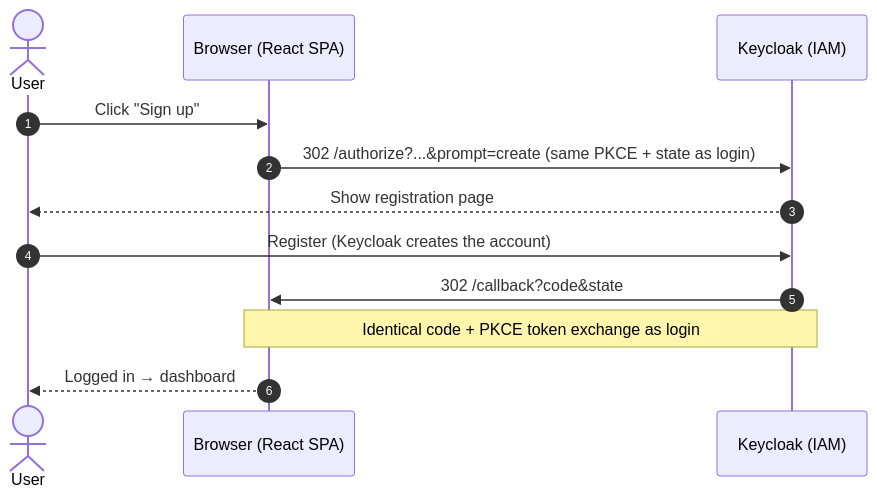
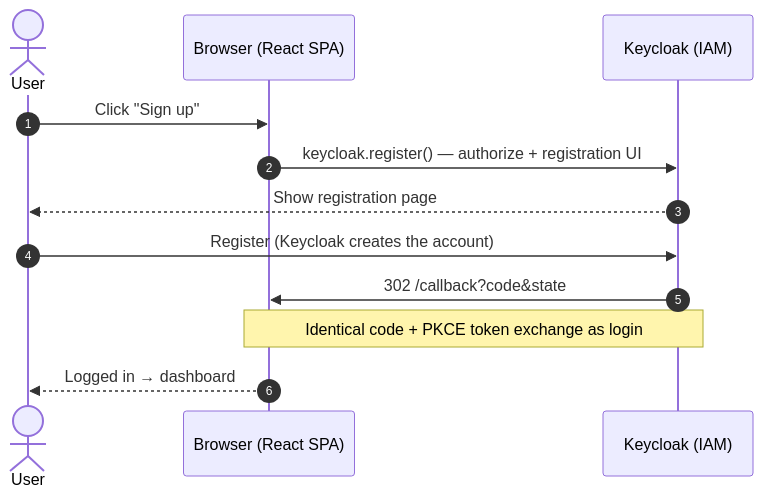
The second of 4 diagrams in docs/authentication-flow-guide.md (Nimesh-Viduranga/keycloak-react-fastapi-demo), drawn with Mermaid before and after one commit. The commit also changed other lines of this file and 14 other files, not shown here.

````diff
--- a/docs/authentication-flow-guide.md
+++ b/docs/authentication-flow-guide.md
@@ -126,15 +123,15 @@
 ```mermaid
 sequenceDiagram
     autonumber
     actor User
     participant SPA as Browser (React SPA)
     participant KC as Keycloak (IAM)
 
     User->>SPA: Click "Sign up"
-    SPA->>KC: 302 /authorize?...&prompt=create (same PKCE + state as login)
+    SPA->>KC: keycloak.register() — authorize + registration UI
     KC-->>User: Show registration page
     User->>KC: Register (Keycloak creates the account)
     KC->>SPA: 302 /callback?code&state
     Note over SPA,KC: Identical code + PKCE token exchange as login
     SPA-->>User: Logged in → dashboard
 ```
````
